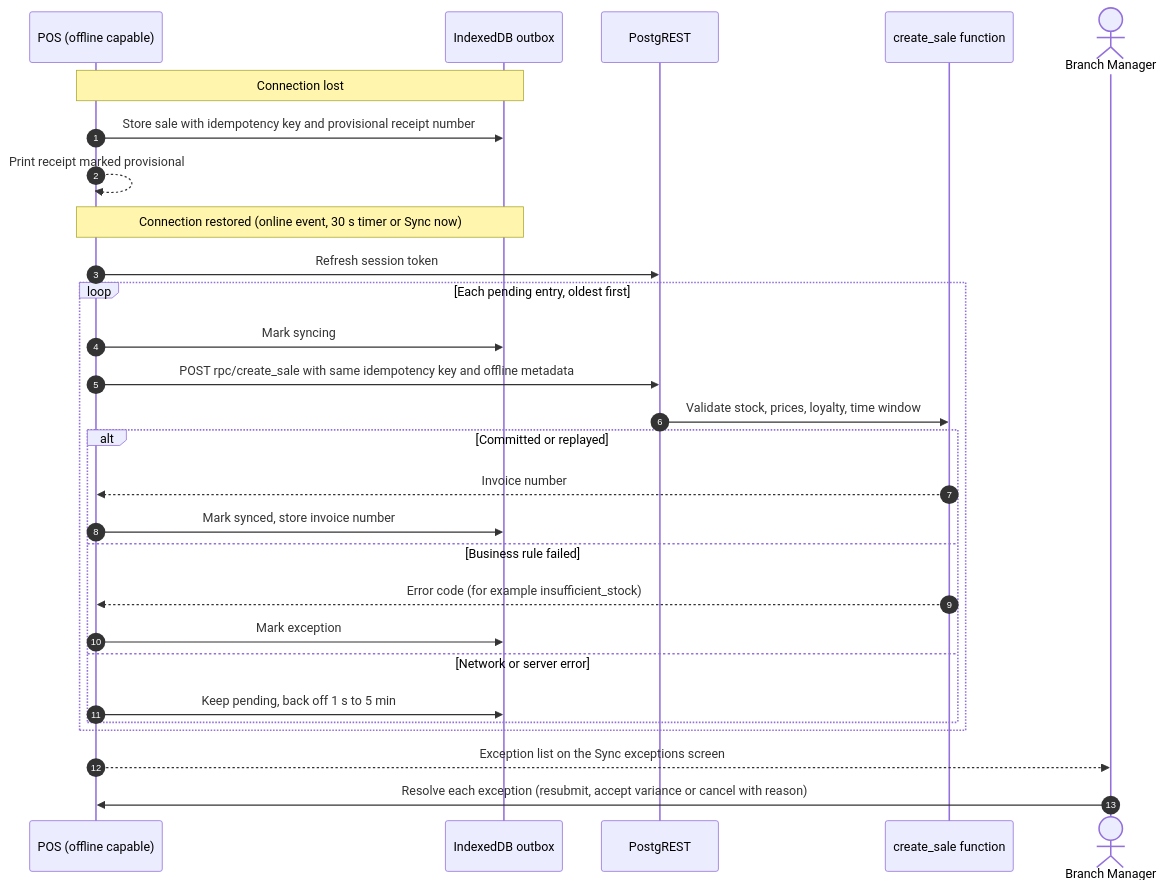
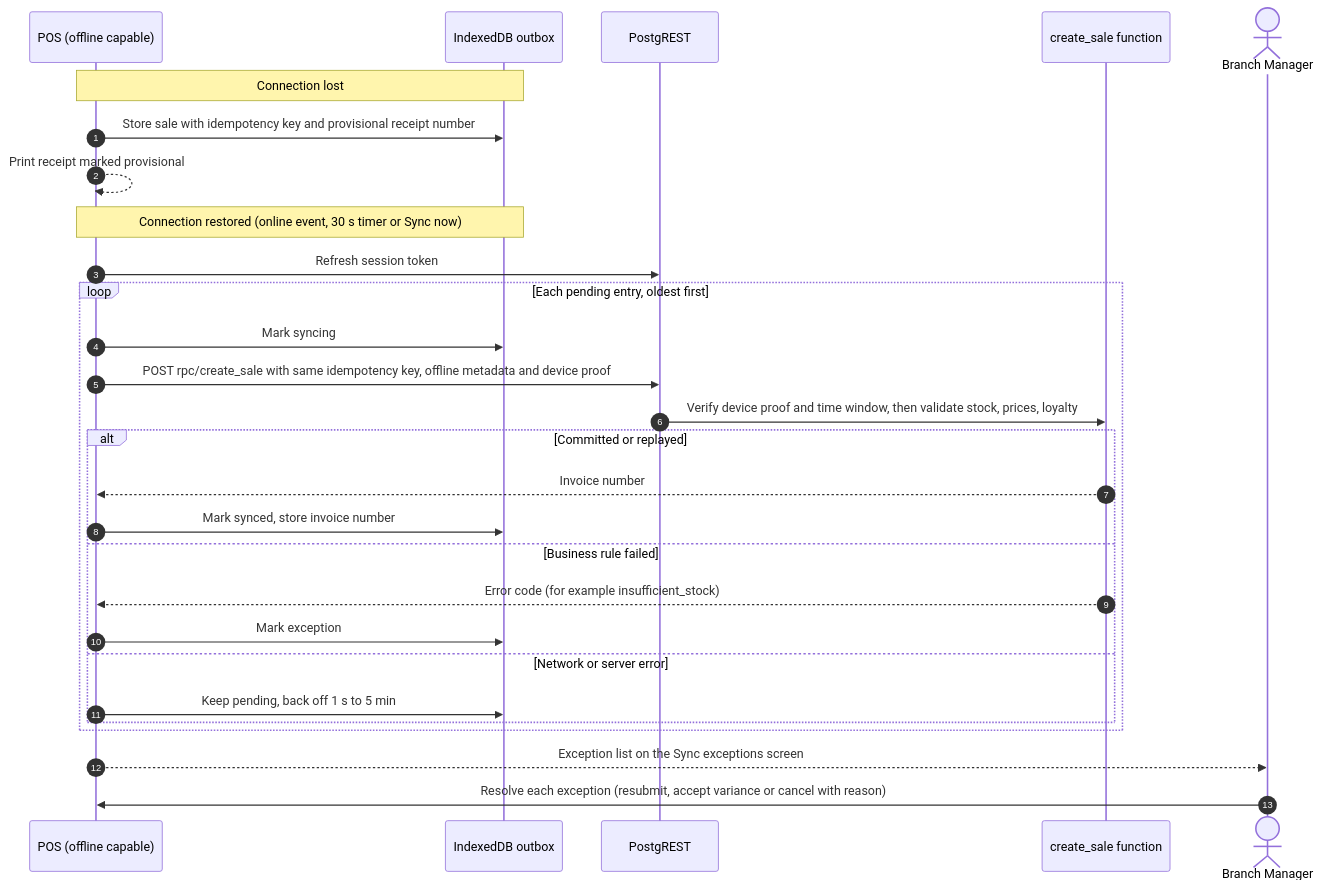
Before and after one commit to msasomrat/Pharmacy_Inventory: diagram 14 of 15 in docs/architecture/architecture.md, drawn with Mermaid. The commit also changed other lines of this file and 20 other files, not shown here.

````diff
--- a/docs/architecture/architecture.md
+++ b/docs/architecture/architecture.md
@@ -1508,31 +1583,31 @@
 ```mermaid
 sequenceDiagram
   autonumber
   participant W as POS (offline capable)
   participant Q as IndexedDB outbox
   participant R as PostgREST
   participant F as create_sale function
   actor M as Branch Manager
 
   Note over W,Q: Connection lost
   W->>Q: Store sale with idempotency key and provisional receipt number
   W-->>W: Print receipt marked provisional
   Note over W,Q: Connection restored (online event, 30 s timer or Sync now)
   W->>R: Refresh session token
   loop Each pending entry, oldest first
     W->>Q: Mark syncing
-    W->>R: POST rpc/create_sale with same idempotency key and offline metadata
-    R->>F: Validate stock, prices, loyalty, time window
+    W->>R: POST rpc/create_sale with same idempotency key, offline metadata and device proof
+    R->>F: Verify device proof and time window, then validate stock, prices, loyalty
     alt Committed or replayed
       F-->>W: Invoice number
       W->>Q: Mark synced, store invoice number
     else Business rule failed
       F-->>W: Error code (for example insufficient_stock)
       W->>Q: Mark exception
     else Network or server error
       W->>Q: Keep pending, back off 1 s to 5 min
     end
   end
   W-->>M: Exception list on the Sync exceptions screen
   M->>W: Resolve each exception (resubmit, accept variance or cancel with reason)
 ```
````
